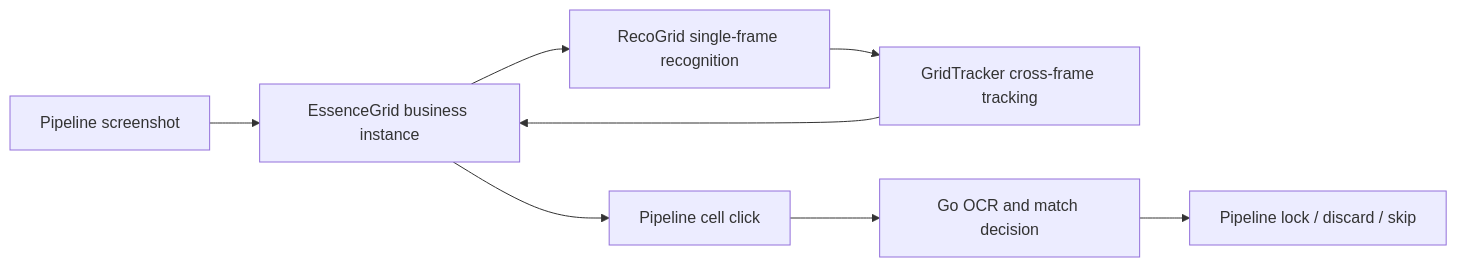
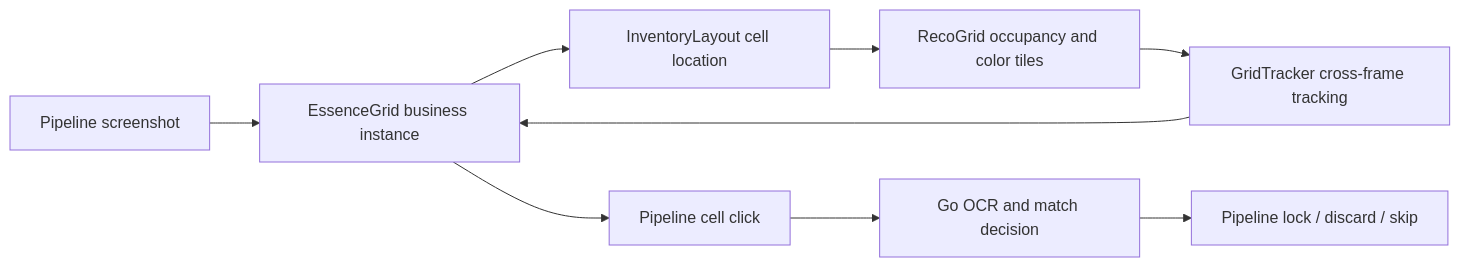
Before and after one commit to MaaEnd/MaaEnd: the diagram in docs/en_us/developers/components/recogrid-engine.md, drawn with Mermaid. The commit also changed other lines of this file and 23 other files, not shown here.

````diff
--- a/docs/en_us/developers/components/recogrid-engine.md
+++ b/docs/en_us/developers/components/recogrid-engine.md
@@ -5,10 +5,11 @@
 ```mermaid
 flowchart LR
     P["Pipeline screenshot"] --> E["EssenceGrid business instance"]
-    E --> R["RecoGrid single-frame recognition"]
+    E --> L["InventoryLayout cell location"]
+    L --> R["RecoGrid occupancy and color tiles"]
     R --> T["GridTracker cross-frame tracking"]
     T --> E
     E --> C["Pipeline cell click"]
     C --> G["Go OCR and match decision"]
     G --> A["Pipeline lock / discard / skip"]
 ```
````
